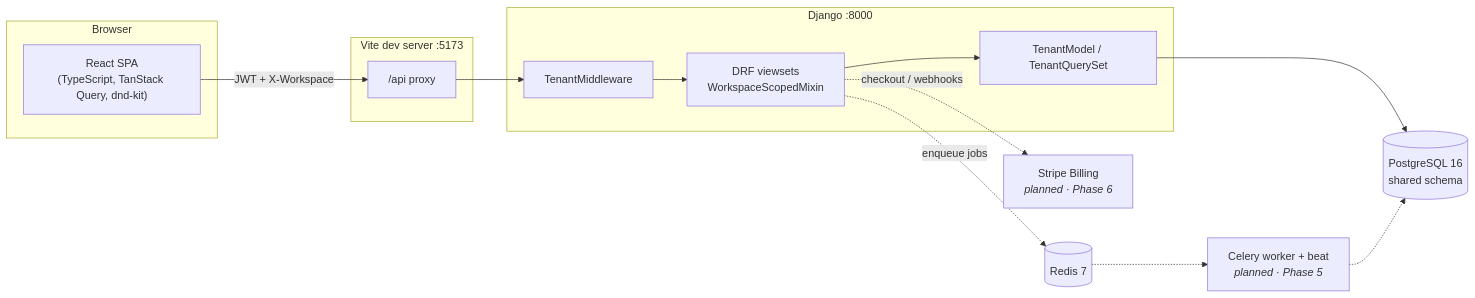
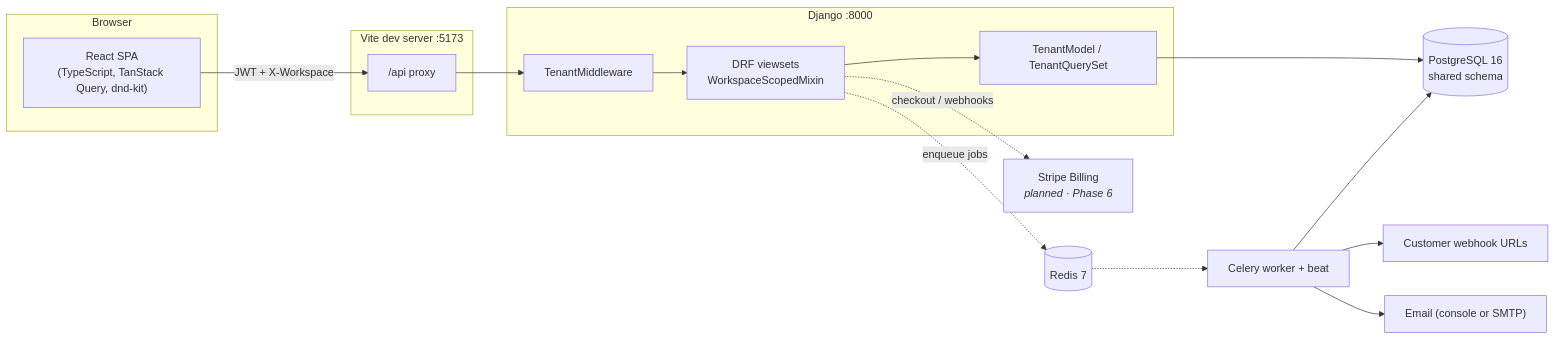
One commit to Abhishek-Gangwar-18/nexvia-capstone-project-submission changed the first of 4 diagrams in docs/ARCHITECTURE.md. Above: the diagram before and after it, drawn with Mermaid. The commit also changed other lines of this file and 2 other files, not shown here.

Commit message:
docs: README+docs: document background jobs, workflows, collaboration, webhooks, notifications, reports, audit log and email -> the docs must match the new features -> developers can run and test everything end to end

````diff
--- a/docs/ARCHITECTURE.md
+++ b/docs/ARCHITECTURE.md
@@ -27,23 +27,27 @@
 ```mermaid
 flowchart LR
     subgraph Browser
         SPA["React SPA<br/>(TypeScript, TanStack Query, dnd-kit)"]
     end
     subgraph Dev["Vite dev server :5173"]
         Proxy["/api proxy"]
     end
     subgraph Backend["Django :8000"]
         MW["TenantMiddleware"]
         DRF["DRF viewsets<br/>WorkspaceScopedMixin"]
         ORM["TenantModel / TenantQuerySet"]
     end
     PG[("PostgreSQL 16<br/>shared schema")]
     Redis[("Redis 7")]
-    Worker["Celery worker + beat<br/><i>planned · Phase 5</i>"]
+    Worker["Celery worker + beat"]
+    Hooks["Customer webhook URLs"]
+    Mail["Email (console or SMTP)"]
     Stripe["Stripe Billing<br/><i>planned · Phase 6</i>"]
 
     SPA -- "JWT + X-Workspace" --> Proxy --> MW --> DRF --> ORM --> PG
     DRF -. "enqueue jobs" .-> Redis -.-> Worker
-    Worker -.-> PG
+    Worker --> PG
+    Worker --> Hooks
+    Worker --> Mail
     DRF -. "checkout / webhooks" .-> Stripe
 ```
````
